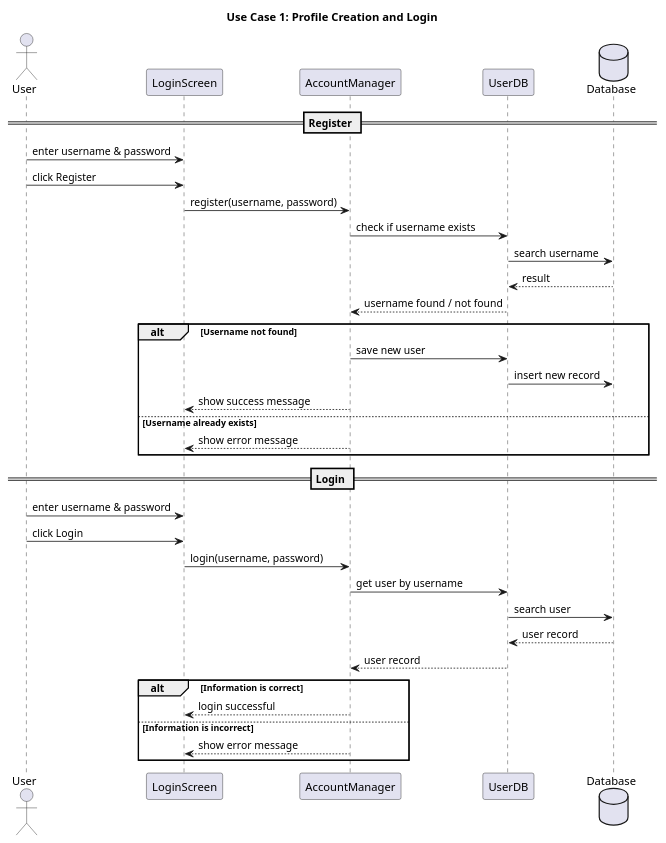
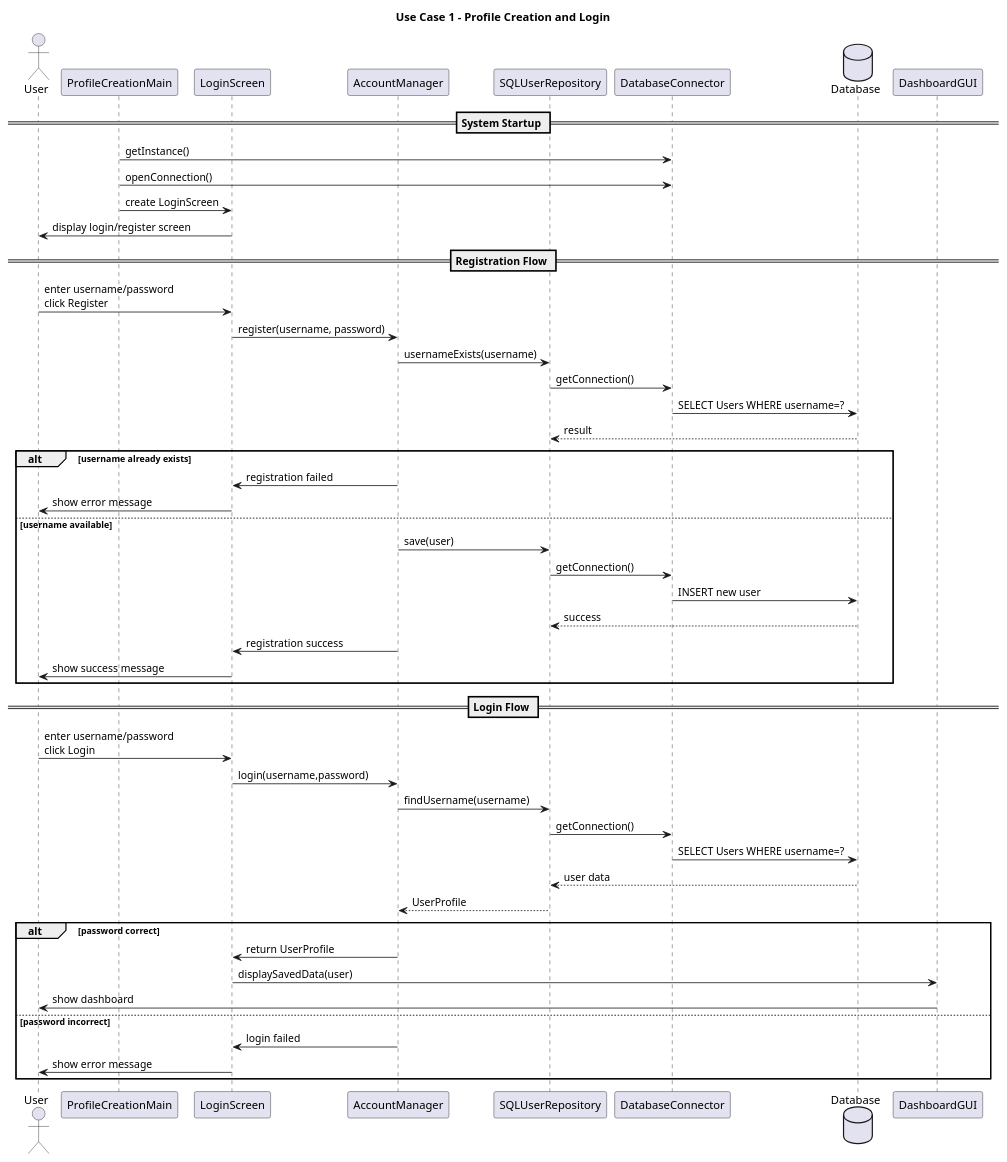
The diagram in src/ProfileCreationSystem/ProfileCreationSequenceDiagram.puml (The-RealMojo/Legends-Of-Swords), drawn with PlantUML before and after one commit.

Commit message:
Refactor profile creation sequence diagram

```diff
--- a/src/ProfileCreationSystem/ProfileCreationSequenceDiagram.puml
+++ b/src/ProfileCreationSystem/ProfileCreationSequenceDiagram.puml
@@ -1,46 +1,65 @@
 @startuml
-title Use Case 1: Profile Creation and Login
+title Use Case 1 - Profile Creation and Login
+actor User
 
-actor User
+participant ProfileCreationMain
 participant LoginScreen
 participant AccountManager
-participant UserDB
+participant SQLUserRepository
+participant DatabaseConnector
 database Database
+participant DashboardGUI
 
-== Register ==
+== System Startup ==
 
-User -> LoginScreen : enter username & password
-User -> LoginScreen : click Register
+ProfileCreationMain -> DatabaseConnector : getInstance()
+ProfileCreationMain -> DatabaseConnector : openConnection()
+
+ProfileCreationMain -> LoginScreen : create LoginScreen
+LoginScreen -> User : display login/register screen
+
+== Registration Flow ==
+
+User -> LoginScreen : enter username/password\nclick Register
 LoginScreen -> AccountManager : register(username, password)
 
-AccountManager -> UserDB  : check if username exists
-UserDB  -> Database : search username
-Database --> UserDB  : result
-UserDB  --> AccountManager : username found / not found
+AccountManager -> SQLUserRepository : usernameExists(username)
+SQLUserRepository -> DatabaseConnector : getConnection()
+DatabaseConnector -> Database : SELECT Users WHERE username=?
 
-alt Username not found
-    AccountManager -> UserDB  : save new user
-    UserDB  -> Database : insert new record
-    AccountManager --> LoginScreen : show success message
-else Username already exists
-    AccountManager --> LoginScreen : show error message
+Database --> SQLUserRepository : result
+
+alt username already exists
+    AccountManager -> LoginScreen : registration failed
+    LoginScreen -> User : show error message
+else username available
+    AccountManager -> SQLUserRepository : save(user)
+    SQLUserRepository -> DatabaseConnector : getConnection()
+    DatabaseConnector -> Database : INSERT new user
+    Database --> SQLUserRepository : success
+    AccountManager -> LoginScreen : registration success
+    LoginScreen -> User : show success message
 end
 
-== Login ==
+== Login Flow ==
 
-User -> LoginScreen : enter username & password
-User -> LoginScreen : click Login
-LoginScreen -> AccountManager : login(username, password)
+User -> LoginScreen : enter username/password\nclick Login
+LoginScreen -> AccountManager : login(username,password)
 
-AccountManager -> UserDB  : get user by username
-UserDB  -> Database : search user
-Database --> UserDB  : user record
-UserDB  --> AccountManager : user record
+AccountManager -> SQLUserRepository : findUsername(username)
+SQLUserRepository -> DatabaseConnector : getConnection()
+DatabaseConnector -> Database : SELECT Users WHERE username=?
 
-alt Information is correct
-    AccountManager --> LoginScreen : login successful
-else Information is incorrect
-    AccountManager --> LoginScreen : show error message
+Database --> SQLUserRepository : user data
+SQLUserRepository --> AccountManager : UserProfile
+
+alt password correct
+    AccountManager -> LoginScreen : return UserProfile
+    LoginScreen -> DashboardGUI : displaySavedData(user)
+    DashboardGUI -> User : show dashboard
+else password incorrect
+    AccountManager -> LoginScreen : login failed
+    LoginScreen -> User : show error message
 end
 
 @enduml
```
